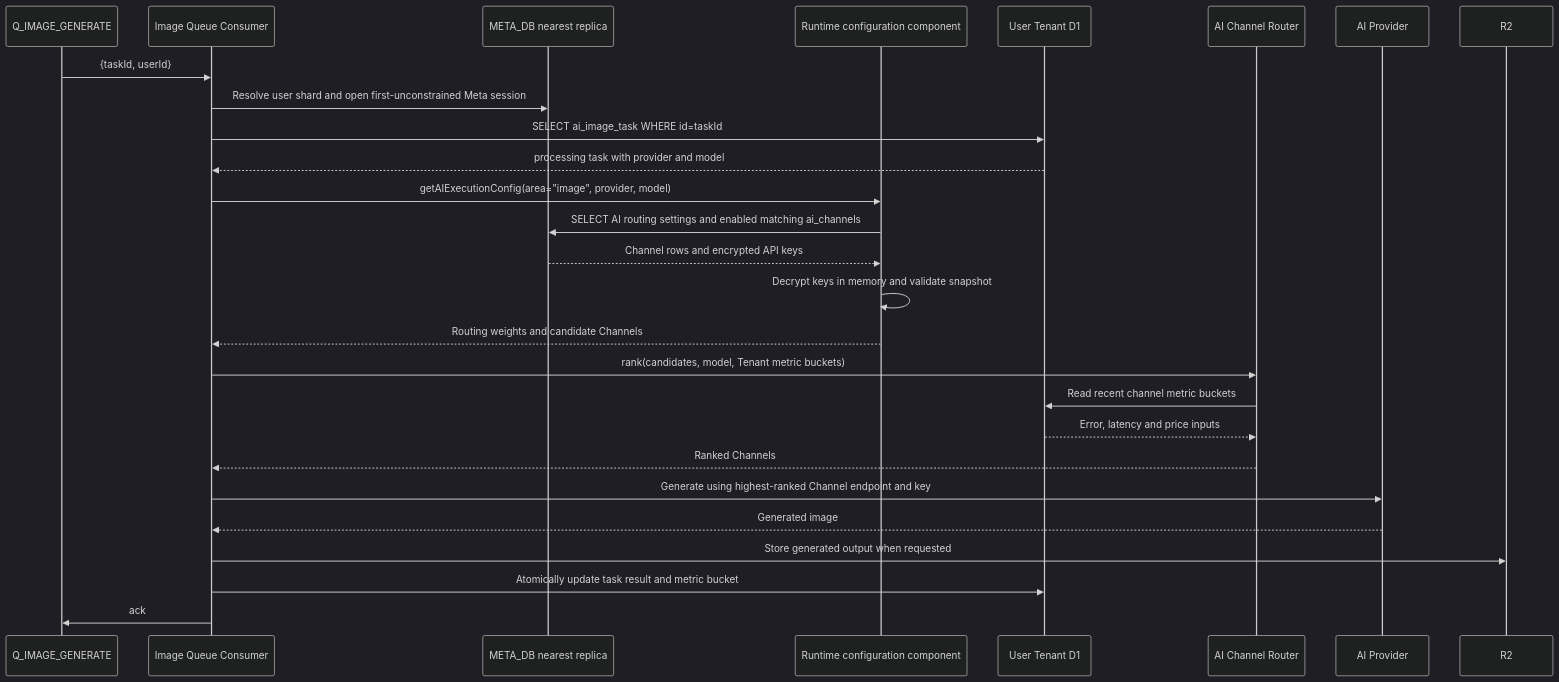
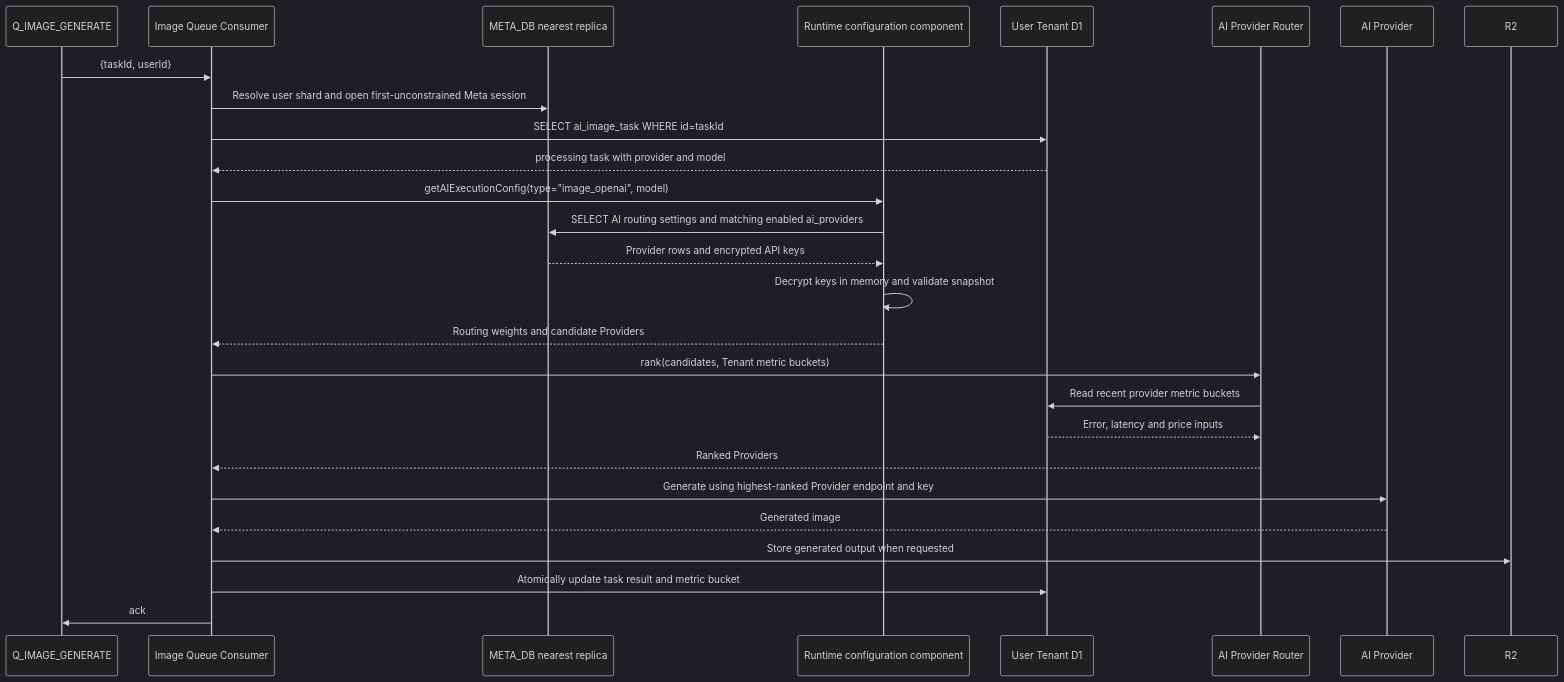
The tenth of 11 diagrams in docs/v025/tech-design.md (glidea/opcstack), drawn with Mermaid (dark theme) before and after one commit. The commit also changed other lines of this file and 113 other files, not shown here.

````diff
--- a/docs/v025/tech-design.md
+++ b/docs/v025/tech-design.md
@@ -1481,30 +1474,30 @@
 ```mermaid
 sequenceDiagram
   participant Queue as Q_IMAGE_GENERATE
   participant Consumer as Image Queue Consumer
   participant Meta as META_DB nearest replica
   participant Config as Runtime configuration component
   participant Shard as User Tenant D1
-  participant Router as AI Channel Router
+  participant Router as AI Provider Router
   participant Provider as AI Provider
   participant R2 as R2
 
   Queue->>Consumer: {taskId, userId}
   Consumer->>Meta: Resolve user shard and open first-unconstrained Meta session
   Consumer->>Shard: SELECT ai_image_task WHERE id=taskId
   Shard-->>Consumer: processing task with provider and model
-  Consumer->>Config: getAIExecutionConfig(area="image", provider, model)
-  Config->>Meta: SELECT AI routing settings and enabled matching ai_channels
-  Meta-->>Config: Channel rows and encrypted API keys
+  Consumer->>Config: getAIExecutionConfig(type="image_openai", model)
+  Config->>Meta: SELECT AI routing settings and matching enabled ai_providers
+  Meta-->>Config: Provider rows and encrypted API keys
   Config->>Config: Decrypt keys in memory and validate snapshot
-  Config-->>Consumer: Routing weights and candidate Channels
-  Consumer->>Router: rank(candidates, model, Tenant metric buckets)
-  Router->>Shard: Read recent channel metric buckets
+  Config-->>Consumer: Routing weights and candidate Providers
+  Consumer->>Router: rank(candidates, Tenant metric buckets)
+  Router->>Shard: Read recent provider metric buckets
   Shard-->>Router: Error, latency and price inputs
-  Router-->>Consumer: Ranked Channels
-  Consumer->>Provider: Generate using highest-ranked Channel endpoint and key
+  Router-->>Consumer: Ranked Providers
+  Consumer->>Provider: Generate using highest-ranked Provider endpoint and key
   Provider-->>Consumer: Generated image
   Consumer->>R2: Store generated output when requested
   Consumer->>Shard: Atomically update task result and metric bucket
   Consumer->>Queue: ack
 ```
````
